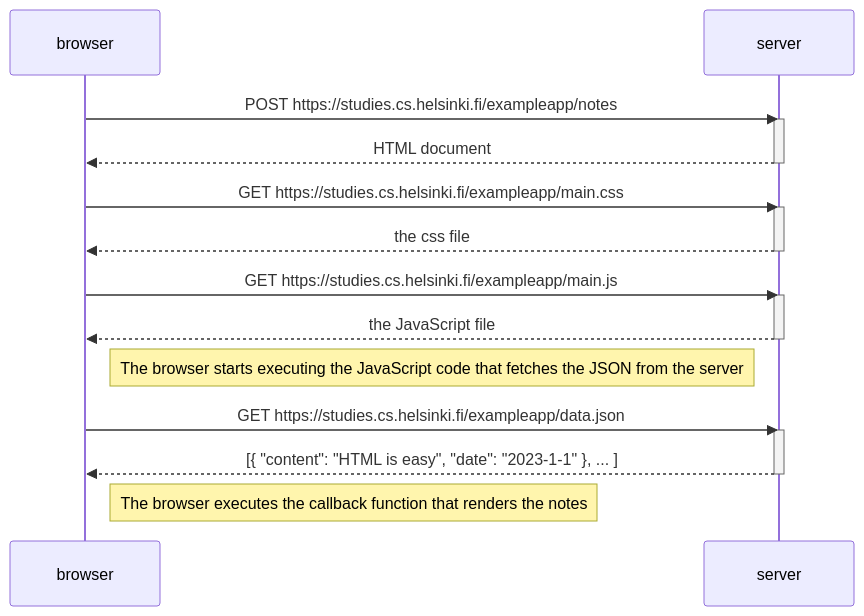
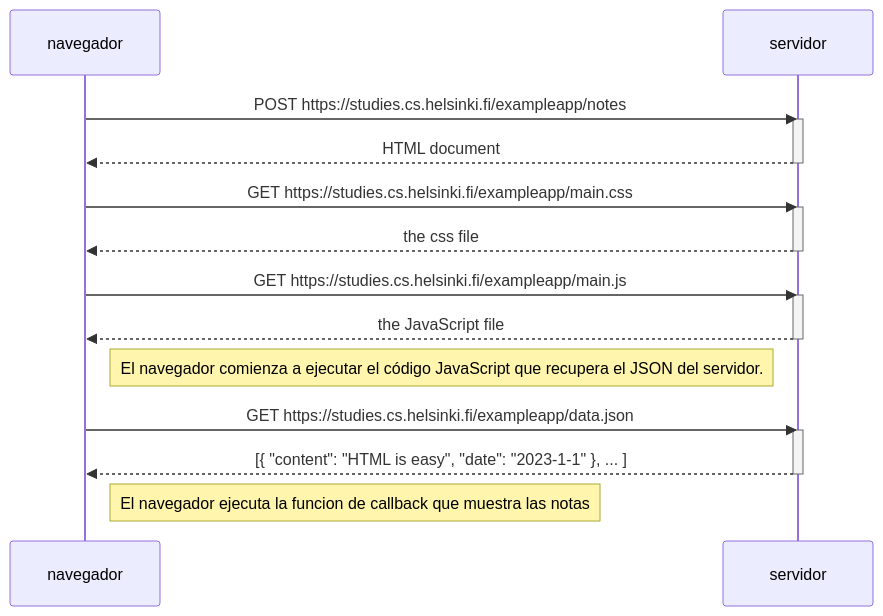
The diagram in sequenceDiagram.md (mrodriguezdistrinando/Mermaid), drawn with Mermaid before and after one commit.

Commit message:
Finalizado

```diff
--- a/sequenceDiagram.md
+++ b/sequenceDiagram.md
@@ -1,31 +1,31 @@
 ::: mermaid
 
 sequenceDiagram
-    participant browser
-    participant server
+    participant navegador
+    participant servidor
 
-    browser->>server: POST https://studies.cs.helsinki.fi/exampleapp/notes
-    activate server
-    server-->>browser: HTML document
-    deactivate server
+    navegador->>servidor: POST https://studies.cs.helsinki.fi/exampleapp/notes
+    activate servidor
+    servidor-->>navegador: HTML document
+    deactivate servidor
 
-    browser->>server: GET https://studies.cs.helsinki.fi/exampleapp/main.css
-    activate server
-    server-->>browser: the css file
-    deactivate server
+    navegador->>servidor: GET https://studies.cs.helsinki.fi/exampleapp/main.css
+    activate servidor
+    servidor-->>navegador: the css file
+    deactivate servidor
 
-    browser->>server: GET https://studies.cs.helsinki.fi/exampleapp/main.js
-    activate server
-    server-->>browser: the JavaScript file
-    deactivate server
+    navegador->>servidor: GET https://studies.cs.helsinki.fi/exampleapp/main.js
+    activate servidor
+    servidor-->>navegador: the JavaScript file
+    deactivate servidor
 
-    Note right of browser: The browser starts executing the JavaScript code that fetches the JSON from the server
+    Note right of navegador: El navegador comienza a ejecutar el código JavaScript que recupera el JSON del servidor.
 
-    browser->>server: GET https://studies.cs.helsinki.fi/exampleapp/data.json
-    activate server
-    server-->>browser: [{ "content": "HTML is easy", "date": "2023-1-1" }, ... ]
-    deactivate server
+    navegador->>servidor: GET https://studies.cs.helsinki.fi/exampleapp/data.json
+    activate servidor
+    servidor-->>navegador: [{ "content": "HTML is easy", "date": "2023-1-1" }, ... ]
+    deactivate servidor
 
-    Note right of browser: The browser executes the callback function that renders the notes
+    Note right of navegador: El navegador ejecuta la funcion de callback que muestra las notas
 
 :::
```
